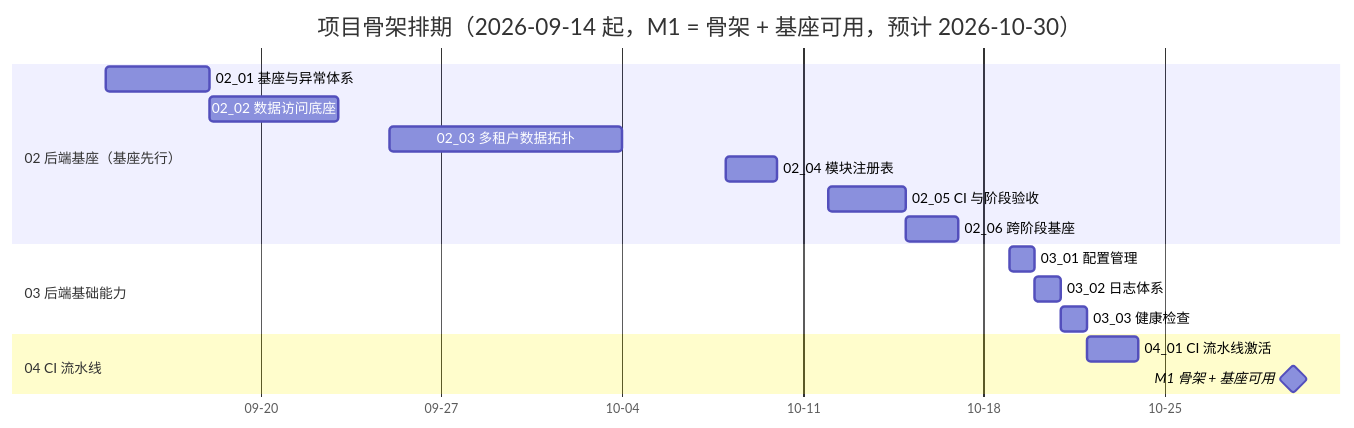
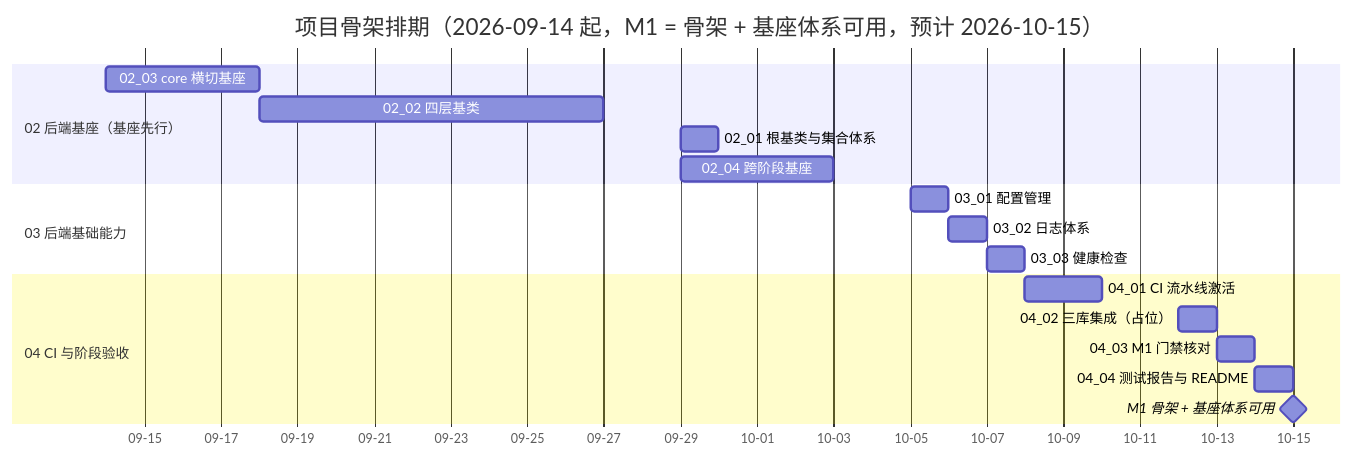
Before and after one commit to minjian123/basic-management-system: the diagram in bms文档/项目/01_项目骨架/计划/01_计划_项目骨架.md, drawn with Mermaid. The commit also changed other lines of this file and 59 other files, not shown here.

````diff
--- a/bms文档/项目/01_项目骨架/计划/01_计划_项目骨架.md
+++ b/bms文档/项目/01_项目骨架/计划/01_计划_项目骨架.md
@@ -61,20 +67,21 @@
 ```mermaid
 gantt
-    title 项目骨架排期（2026-09-14 起，M1 = 骨架 + 基座可用，预计 2026-10-30）
+    title 项目骨架排期（2026-09-14 起，M1 = 骨架 + 基座体系可用，预计 2026-10-15）
     dateFormat  YYYY-MM-DD
     axisFormat %m-%d
     section 02 后端基座（基座先行）
-    02_01 基座与异常体系   :a21, 2026-09-14, 4d
-    02_02 数据访问底座     :a22, 2026-09-18, 5d
-    02_03 多租户数据拓扑   :a23, 2026-09-25, 9d
-    02_04 模块注册表       :a24, 2026-10-08, 2d
-    02_05 CI 与阶段验收    :a25, 2026-10-12, 3d
-    02_06 跨阶段基座       :a26, 2026-10-15, 2d
+    02_03 core 横切基座    :a23, 2026-09-14, 4d
+    02_02 四层基类         :a22, 2026-09-18, 9d
+    02_01 根基类与集合体系 :a21, 2026-09-29, 1d
+    02_04 跨阶段基座       :a24, 2026-09-29, 4d
     section 03 后端基础能力
-    03_01 配置管理         :a31, 2026-10-19, 1d
-    03_02 日志体系         :a32, 2026-10-20, 1d
-    03_03 健康检查         :a33, 2026-10-21, 1d
-    section 04 CI 流水线
-    04_01 CI 流水线激活    :a41, 2026-10-22, 2d
-    M1 骨架 + 基座可用 :milestone, m1, 2026-10-30, 0d
+    03_01 配置管理         :a31, 2026-10-05, 1d
+    03_02 日志体系         :a32, 2026-10-06, 1d
+    03_03 健康检查         :a33, 2026-10-07, 1d
+    section 04 CI 与阶段验收
+    04_01 CI 流水线激活    :a41, 2026-10-08, 2d
+    04_02 三库集成（占位） :a42, 2026-10-12, 1d
+    04_03 M1 门禁核对      :a43, 2026-10-13, 1d
+    04_04 测试报告与 README :a44, 2026-10-14, 1d
+    M1 骨架 + 基座体系可用 :milestone, m1, 2026-10-15, 0d
 ```
````
